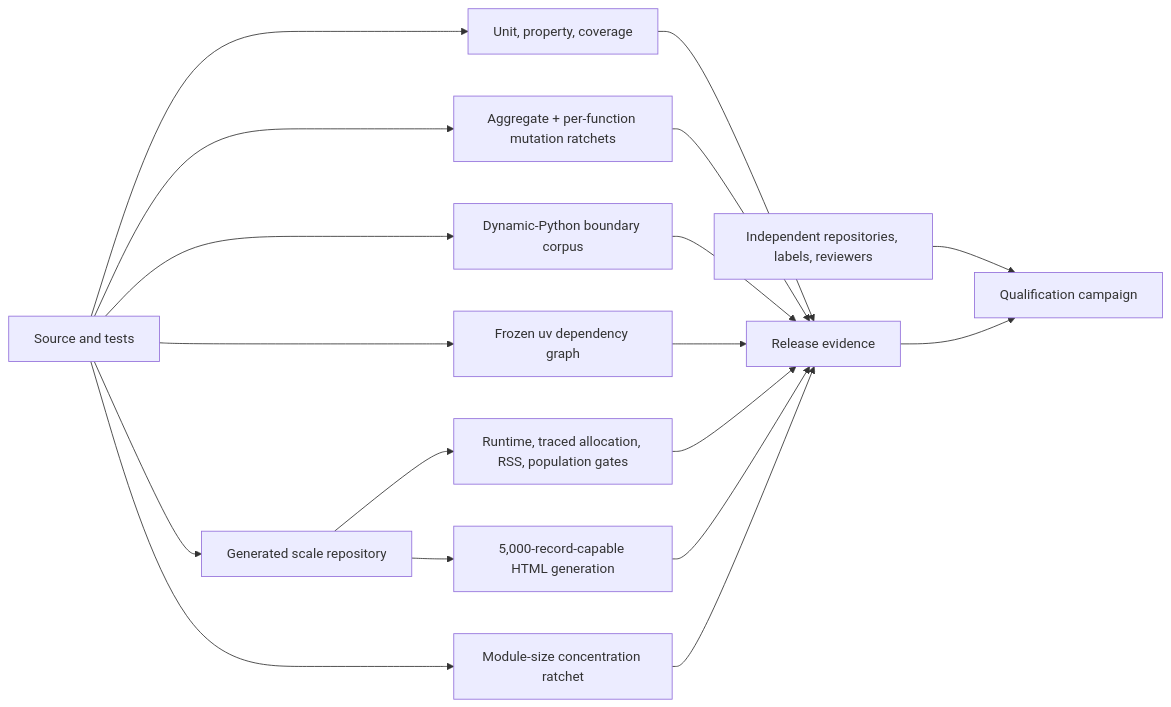
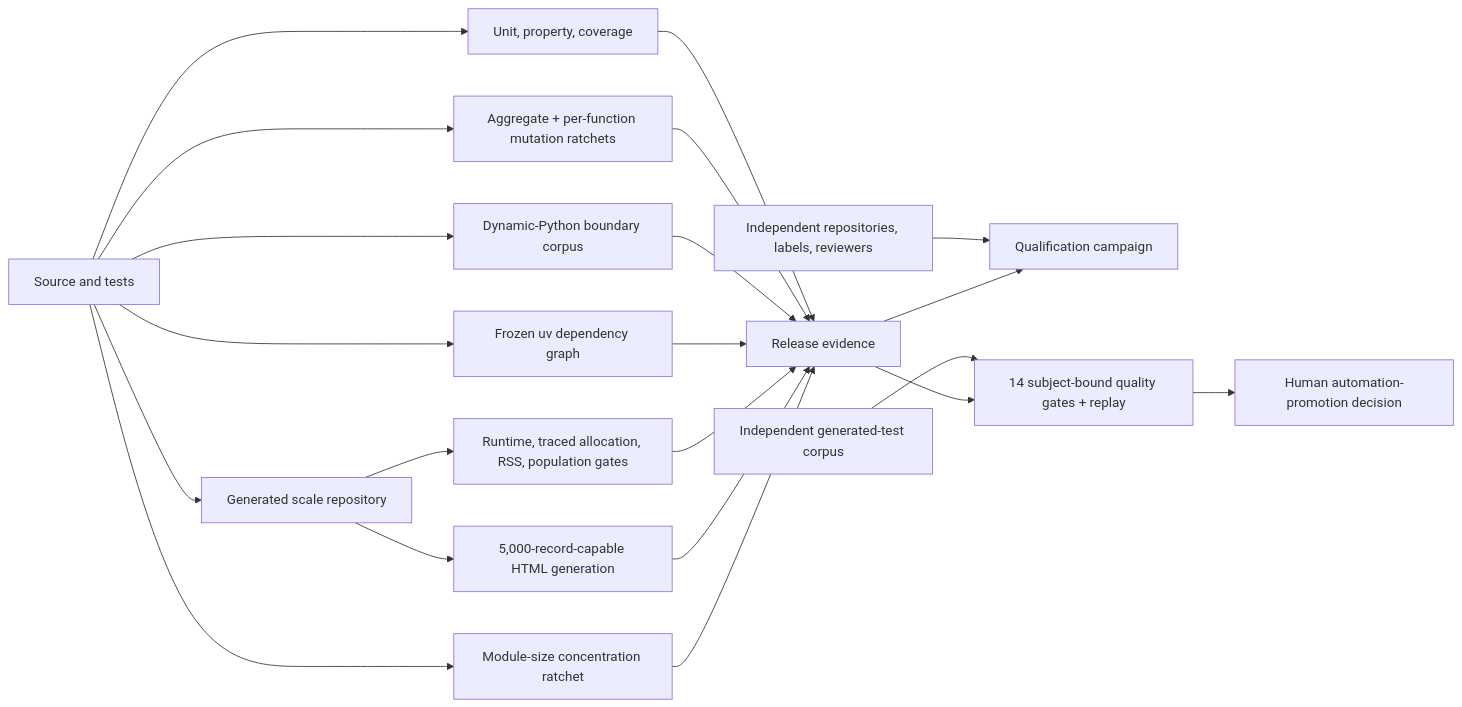
Before and after one commit to willtran87/project-py-sfmea: the diagram in docs/QUALITY_GATES.md, drawn with Mermaid. The commit also changed 11 other files, not shown here.

Commit message:
Refresh generated-test documentation and diagrams

````diff
--- a/docs/QUALITY_GATES.md
+++ b/docs/QUALITY_GATES.md
@@ -7,20 +7,23 @@
 ```mermaid
 flowchart LR
   C["Source and tests"] --> U["Unit, property, coverage"]
   C --> M["Aggregate + per-function mutation ratchets"]
   C --> D["Dynamic-Python boundary corpus"]
   C --> L["Frozen uv dependency graph"]
   C --> S["Generated scale repository"]
   S --> P["Runtime, traced allocation, RSS, population gates"]
   S --> H["5,000-record-capable HTML generation"]
   C --> Z["Module-size concentration ratchet"]
   U --> R["Release evidence"]
   M --> R
   D --> R
   L --> R
   P --> R
   H --> R
   Z --> R
   X["Independent repositories, labels, reviewers"] --> Q["Qualification campaign"]
   R --> Q
+  G["Independent generated-test corpus"] --> T["14 subject-bound quality gates + replay"]
+  R --> T
+  T --> A["Human automation-promotion decision"]
 ```
````
